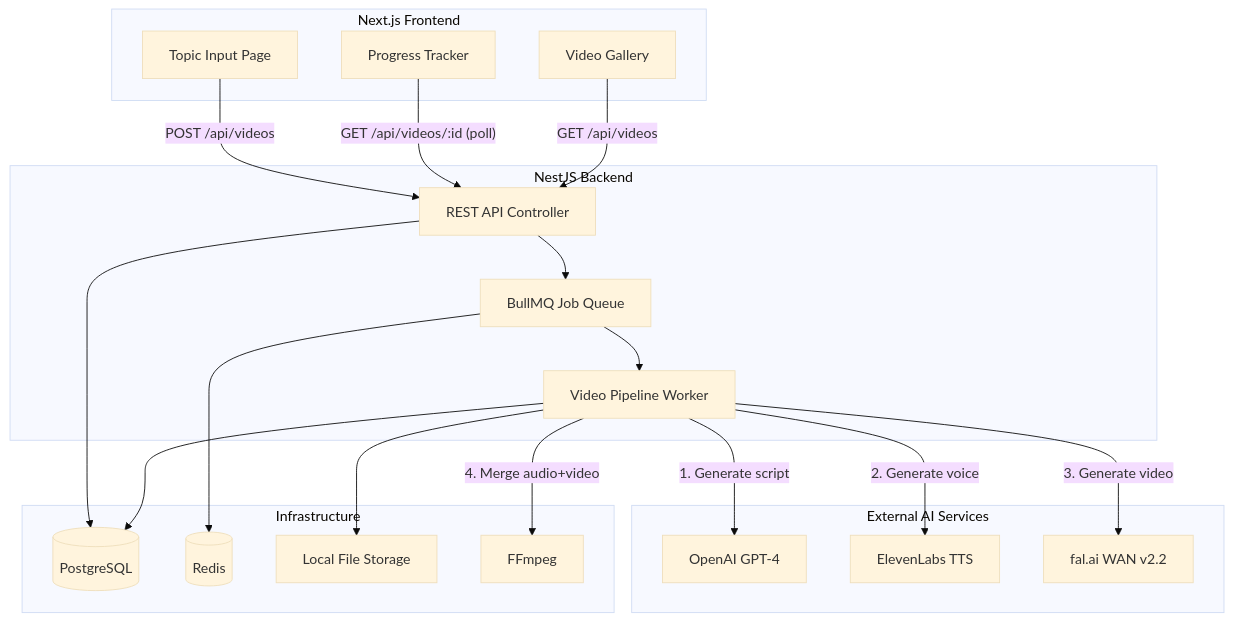
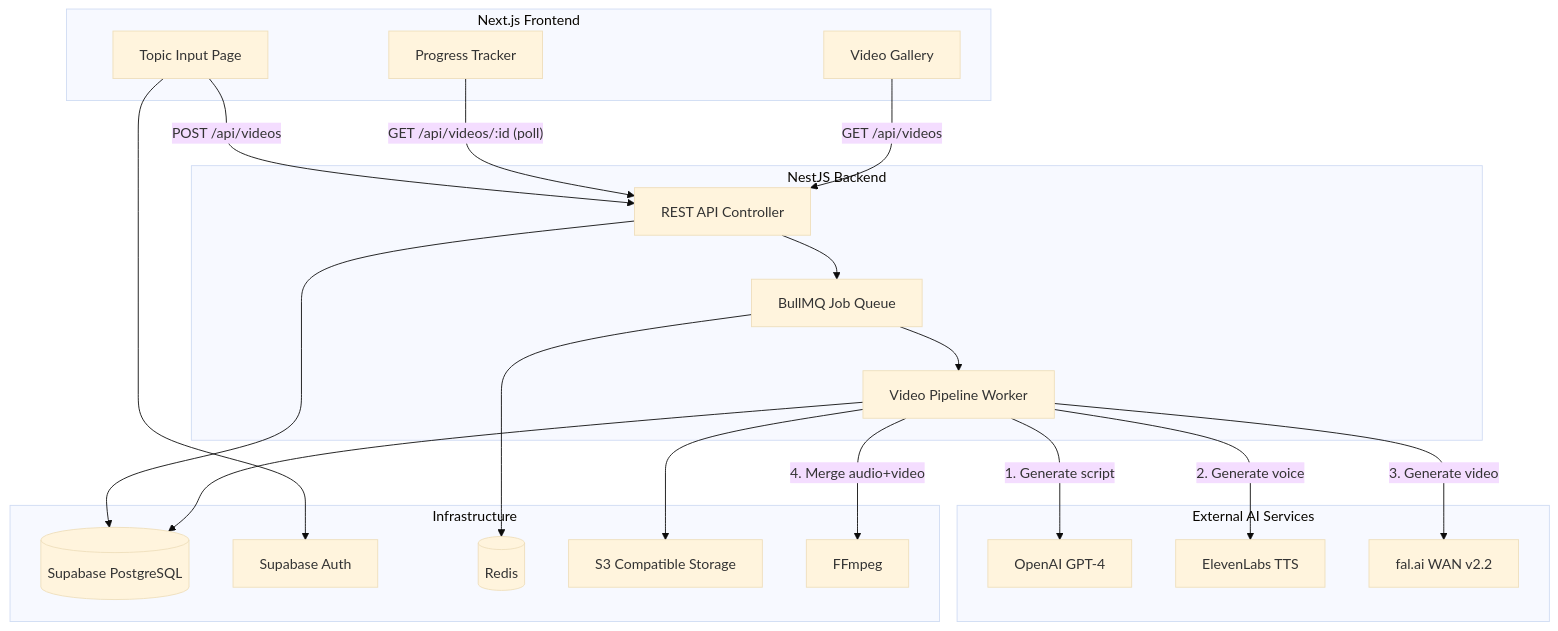
Before and after one commit to UygarDeniz/ai-shorts: the first of 2 diagrams in docs/implementation-plan.md, drawn with Mermaid (base theme). The commit also changed other lines of this file and 42 other files, not shown here.

````diff
--- a/docs/implementation-plan.md
+++ b/docs/implementation-plan.md
@@ -44,41 +35,43 @@
 ```mermaid
 flowchart TB
     subgraph frontend [Next.js Frontend]
         UI[Topic Input Page]
         Progress[Progress Tracker]
         Gallery[Video Gallery]
     end
 
     subgraph backend [NestJS Backend]
         API[REST API Controller]
         Queue[BullMQ Job Queue]
         Worker[Video Pipeline Worker]
     end
 
     subgraph ai_services [External AI Services]
         GPT4[OpenAI GPT-4]
         ElevenLabs[ElevenLabs TTS]
         FalAI[fal.ai WAN v2.2]
     end
 
     subgraph infra [Infrastructure]
-        DB[(PostgreSQL)]
+        DB[(Supabase PostgreSQL)]
+        Auth[Supabase Auth]
         Redis[(Redis)]
-        Storage[Local File Storage]
+        Storage[S3 Compatible Storage]
         FFmpeg[FFmpeg]
     end
 
     UI -->|"POST /api/videos"| API
     Progress -->|"GET /api/videos/:id (poll)"| API
     API --> DB
     API --> Queue
     Queue --> Redis
     Queue --> Worker
     Worker -->|"1. Generate script"| GPT4
     Worker -->|"2. Generate voice"| ElevenLabs
     Worker -->|"3. Generate video"| FalAI
     Worker -->|"4. Merge audio+video"| FFmpeg
     Worker --> Storage
     Worker --> DB
     Gallery -->|"GET /api/videos"| API
+    UI --> Auth
 ```
````
